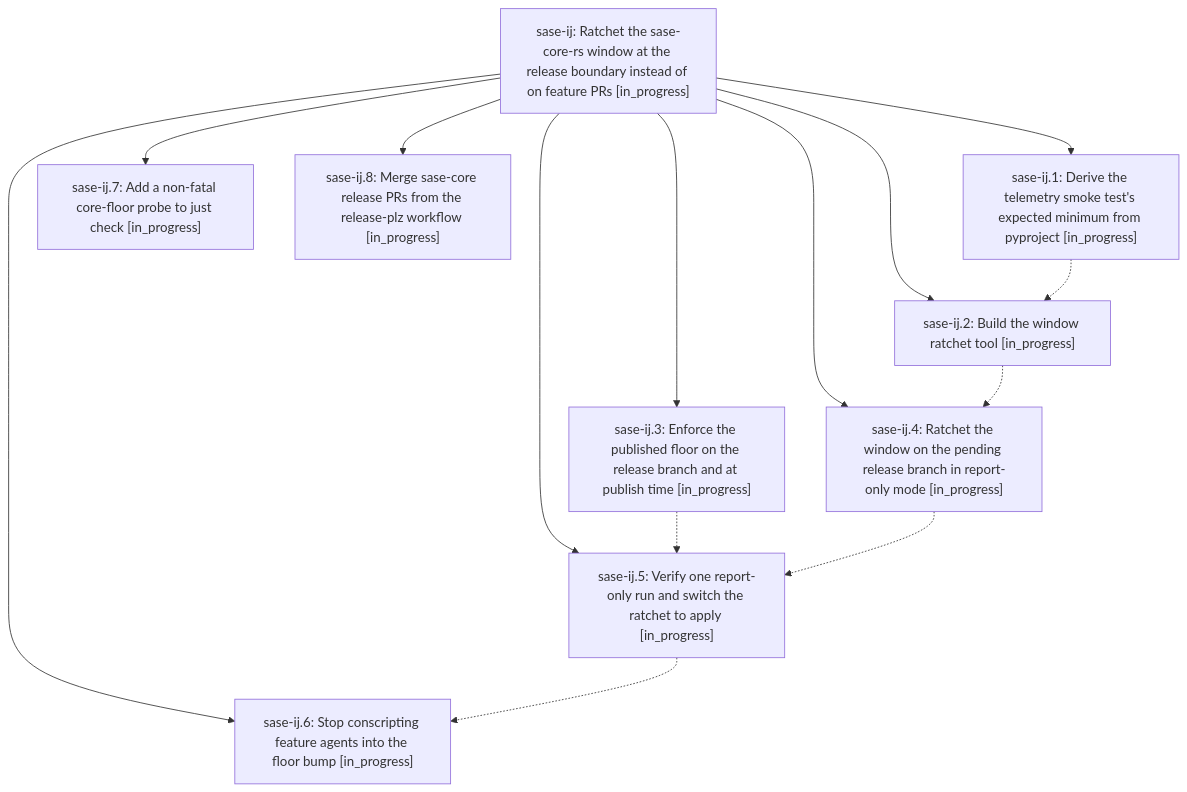
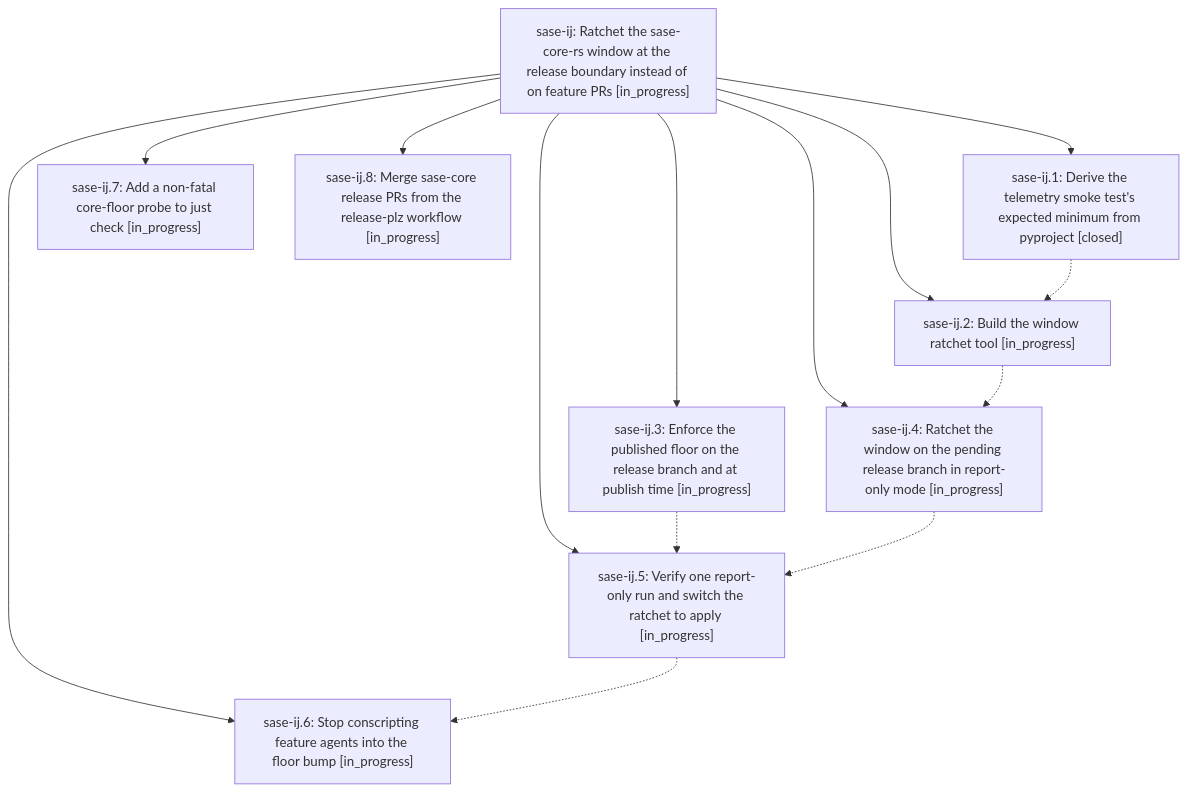
The diagram in pages/sase-ij/README.md (sase-org/sase--beads), drawn with Mermaid before and after one commit. The commit also changed other lines of this file and 3 other files, not shown here.

````diff
--- a/pages/sase-ij/README.md
+++ b/pages/sase-ij/README.md
@@ -29,25 +29,25 @@
 ```mermaid
 flowchart TD
     n0["sase-ij: Ratchet the sase-core-rs window at the release boundary instead of on feature PRs [in_progress]"]
-    n1["sase-ij.1: Derive the telemetry smoke test's expected minimum from pyproject [in_progress]"]
+    n1["sase-ij.1: Derive the telemetry smoke test's expected minimum from pyproject [closed]"]
     n2["sase-ij.2: Build the window ratchet tool [in_progress]"]
     n3["sase-ij.3: Enforce the published floor on the release branch and at publish time [in_progress]"]
     n4["sase-ij.4: Ratchet the window on the pending release branch in report-only mode [in_progress]"]
     n5["sase-ij.5: Verify one report-only run and switch the ratchet to apply [in_progress]"]
     n6["sase-ij.6: Stop conscripting feature agents into the floor bump [in_progress]"]
     n7["sase-ij.7: Add a non-fatal core-floor probe to just check [in_progress]"]
     n8["sase-ij.8: Merge sase-core release PRs from the release-plz workflow [in_progress]"]
     n0 --> n1
     n0 --> n2
     n0 --> n3
     n0 --> n4
     n0 --> n5
     n0 --> n6
     n0 --> n7
     n0 --> n8
     n1 -.-> n2
     n2 -.-> n4
     n3 -.-> n5
     n4 -.-> n5
     n5 -.-> n6
 ```
````
